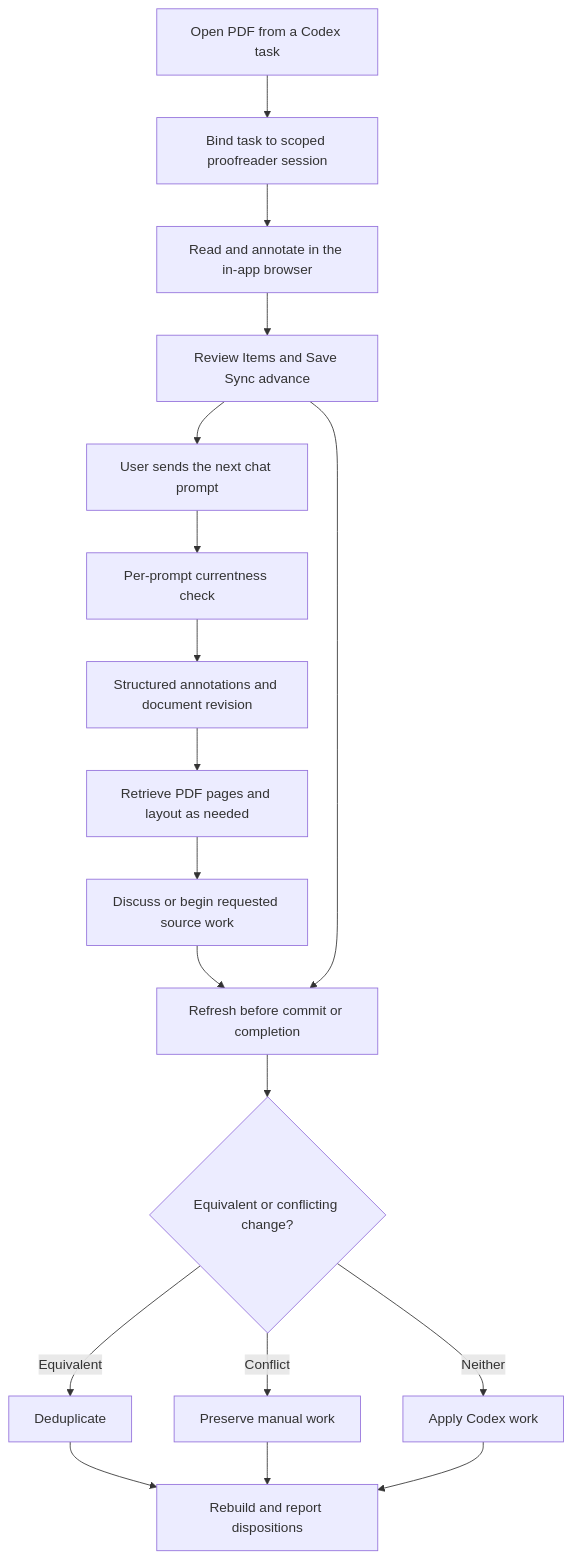
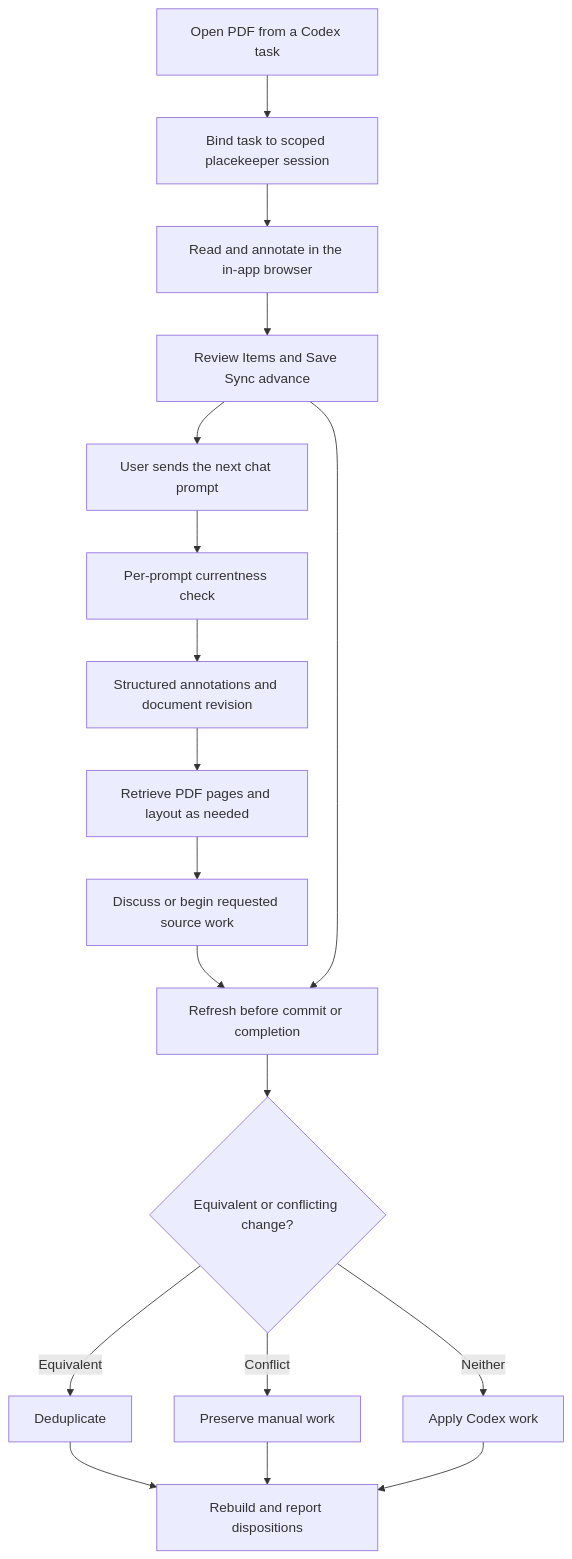
One commit to brad-ross/placekeeper changed the first of 7 diagrams in docs/plans/2026-08-12-001-feat-live-pdf-codex-context-plan.md. Above: the diagram before and after it, drawn with Mermaid. The commit also changed other lines of this file and 107 other files, not shown here.

````diff
--- a/docs/plans/2026-08-12-001-feat-live-pdf-codex-context-plan.md
+++ b/docs/plans/2026-08-12-001-feat-live-pdf-codex-context-plan.md
@@ -104,20 +104,20 @@
 ```mermaid
 flowchart TB
-  Open["Open PDF from a Codex task"] --> Bind["Bind task to scoped proofreader session"]
+  Open["Open PDF from a Codex task"] --> Bind["Bind task to scoped placekeeper session"]
   Bind --> Read["Read and annotate in the in-app browser"]
   Read --> State["Review Items and Save Sync advance"]
   State --> Prompt["User sends the next chat prompt"]
   Prompt --> Check["Per-prompt currentness check"]
   Check --> Context["Structured annotations and document revision"]
   Context --> Evidence["Retrieve PDF pages and layout as needed"]
   Evidence --> Respond["Discuss or begin requested source work"]
   Respond --> Recheck["Refresh before commit or completion"]
   State --> Recheck
   Recheck --> Reconcile{"Equivalent or conflicting change?"}
   Reconcile -->|"Equivalent"| Deduplicate["Deduplicate"]
   Reconcile -->|"Conflict"| Manual["Preserve manual work"]
   Reconcile -->|"Neither"| Apply["Apply Codex work"]
   Deduplicate --> Report["Rebuild and report dispositions"]
   Manual --> Report
   Apply --> Report
 ```
````
